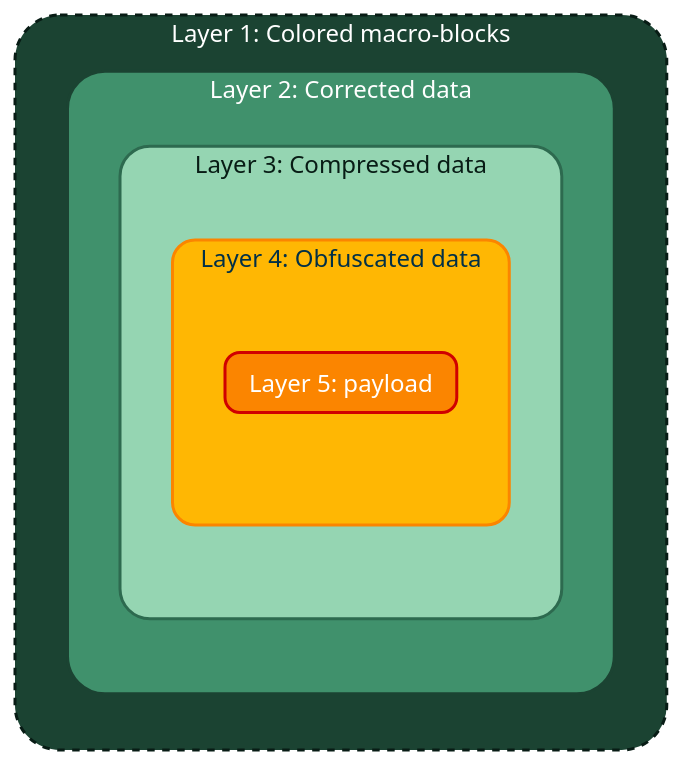
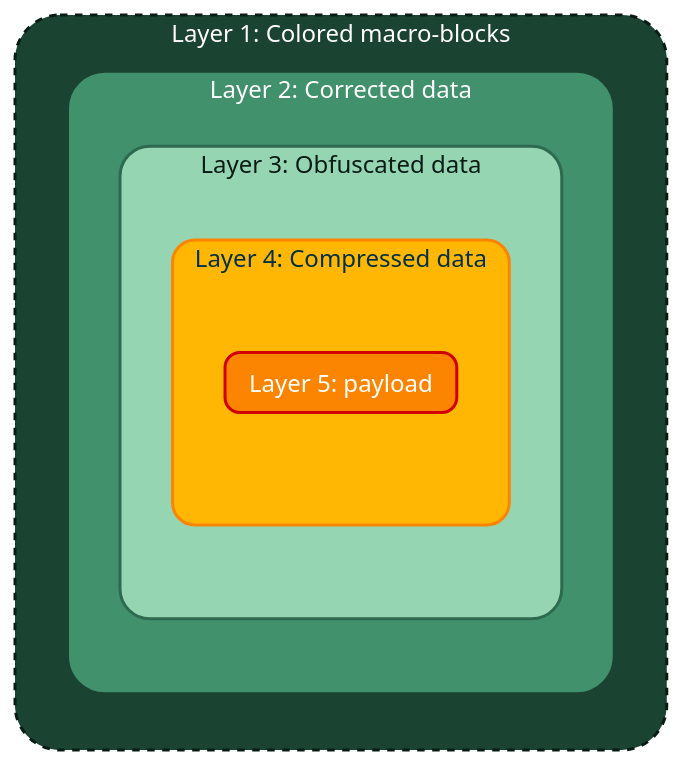
The diagram in doc/README.md (libera-cifero/Korra), drawn with Mermaid (forest theme) before and after one commit. The commit also changed 10 other files, not shown here.

Commit message:
architecture is changed

````diff
--- a/doc/README.md
+++ b/doc/README.md
@@ -4,24 +4,24 @@
 ```mermaid
 flowchart TB
     subgraph Layer1 ["Layer 1: Colored macro-blocks"]
         direction TB
         subgraph Layer2 ["Layer 2: Corrected data"]
             direction TB
-            subgraph Layer3 ["Layer 3: Compressed data"]
+            subgraph Layer3 ["Layer 3: Obfuscated data"]
                 direction TB
-                subgraph Layer4 ["Layer 4: Obfuscated data"]
+                subgraph Layer4 ["Layer 4: Compressed data"]
                     direction TB
                     subgraph Layer5 ["Layer 5: payload"]
 
                     end
                 end
             end
         end
     end
 
     style Layer1 fill:#1b4332,stroke:#081c15,stroke-width:2px,stroke-dasharray: 5 5,color:#ffffff,rx:30,ry:30
     style Layer2 fill:#40916c,stroke:#1b4332,stroke-width:2px,color:#ffffff,rx:25,ry:25
     style Layer3 fill:#95d5b2,stroke:#2d6a4f,stroke-width:2px,color:#081c15,rx:20,ry:20
     style Layer4 fill:#ffb703,stroke:#fb8500,stroke-width:2px,color:#023047,rx:15,ry:15
     style Layer5 fill:#fb8500,stroke:#d00000,stroke-width:2px,color:#ffffff,rx:10,ry:10
 ```
````
